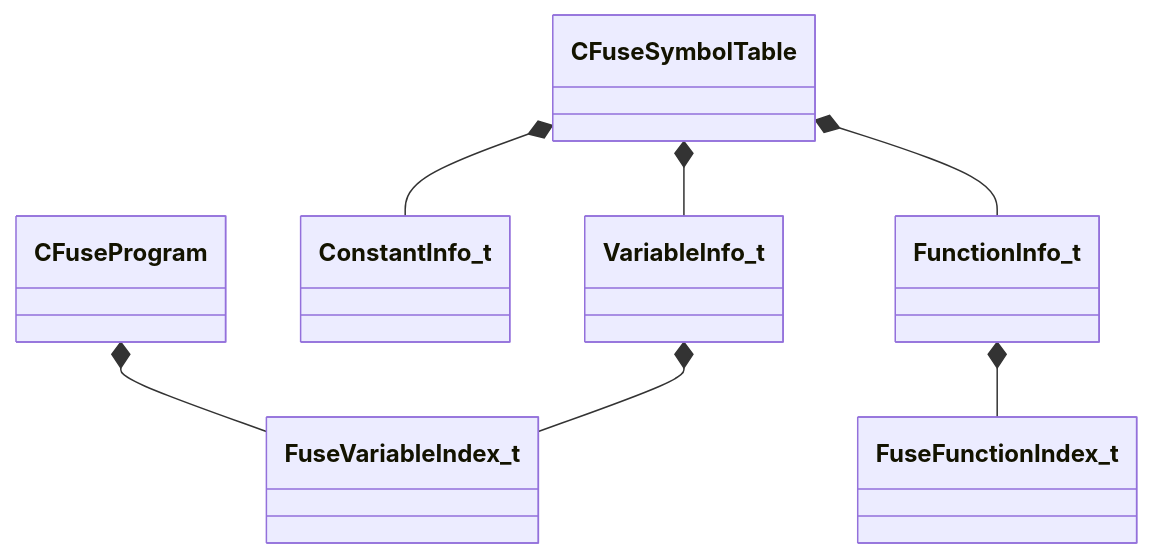
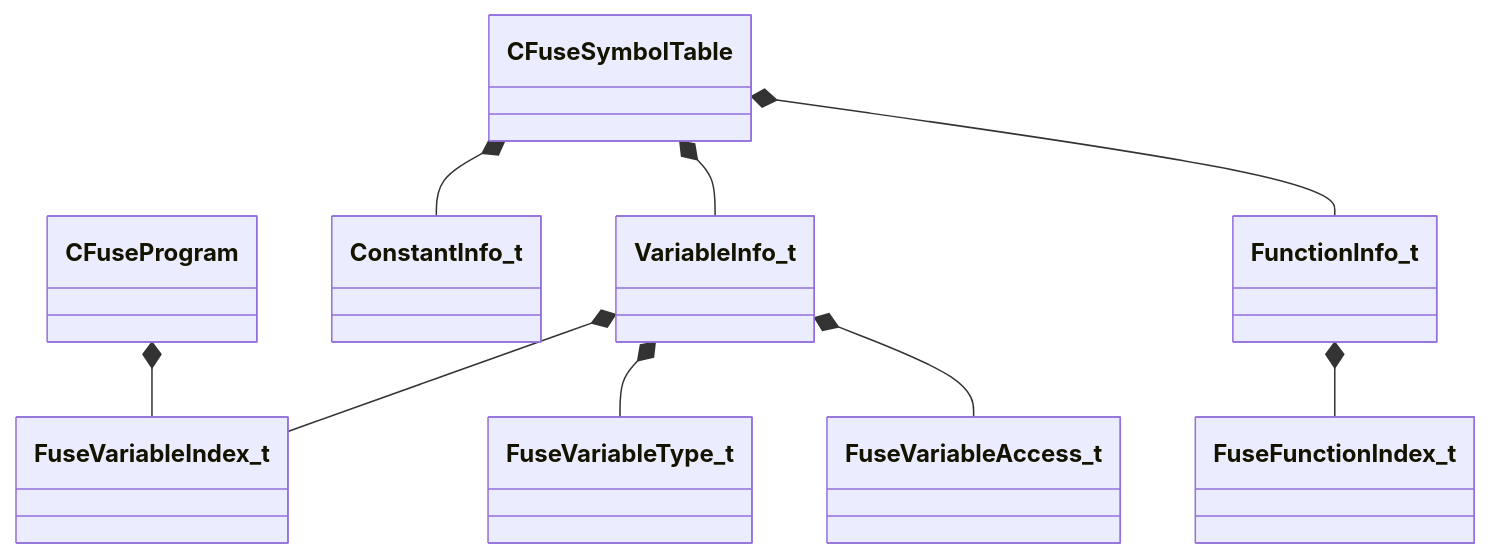
One commit to CS2OpenDev/CS2OpenDev-Docs changed the diagram in docs/generated/diagrams/mathlib_extended.md. Above: the diagram before and after it, drawn with Mermaid. The commit also changed 2956 other files, not shown here.

````diff
--- a/docs/generated/diagrams/mathlib_extended.md
+++ b/docs/generated/diagrams/mathlib_extended.md
@@ -14,9 +14,11 @@
 ```mermaid
 classDiagram
     CFuseProgram *-- FuseVariableIndex_t
     CFuseSymbolTable *-- ConstantInfo_t
     CFuseSymbolTable *-- VariableInfo_t
     CFuseSymbolTable *-- FunctionInfo_t
     FunctionInfo_t *-- FuseFunctionIndex_t
     VariableInfo_t *-- FuseVariableIndex_t
+    VariableInfo_t *-- FuseVariableType_t
+    VariableInfo_t *-- FuseVariableAccess_t
 ```
````
